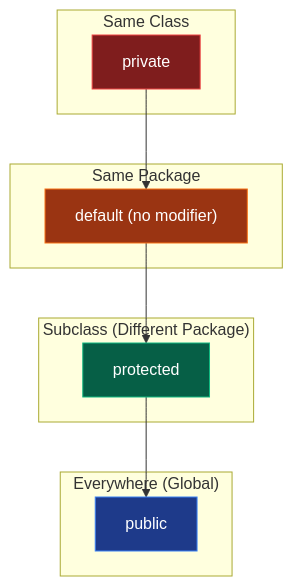
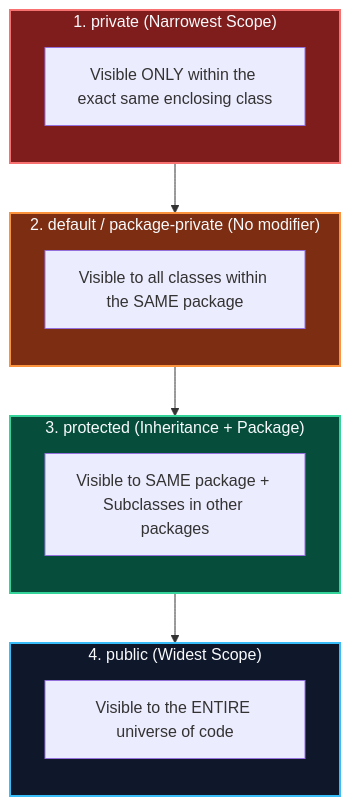
The first of 2 diagrams in content/roadmap/level-1/encapsulation-access-modifiers.md (ravishankar2463/java_hub), drawn with Mermaid before and after one commit. The commit also changed other lines of this file, not shown here.

````diff
--- a/content/roadmap/level-1/encapsulation-access-modifiers.md
+++ b/content/roadmap/level-1/encapsulation-access-modifiers.md
@@ -18,24 +28,29 @@
 ```mermaid
 flowchart TD
-    subgraph SG1 ["Same Class"]
-        A["private"]
-    end
-    subgraph SG2 ["Same Package"]
-        B["default (no modifier)"]
-    end
-    subgraph SG3 ["Subclass (Different Package)"]
-        C["protected"]
-    end
-    subgraph SG4 ["Everywhere (Global)"]
-        D["public"]
+    subgraph S1 ["1. private (Narrowest Scope)"]
+        direction TB
+        M1["Visible ONLY within the exact same enclosing class"]
     end
 
-    A --> B
-    B --> C
-    C --> D
+    subgraph S2 ["2. default / package-private (No modifier)"]
+        direction TB
+        M2["Visible to all classes within the SAME package"]
+    end
 
-    style A fill:#7f1d1d,stroke:#ef4444,color:#fff
-    style B fill:#9a3412,stroke:#f97316,color:#fff
-    style C fill:#065f46,stroke:#10b981,color:#fff
-    style D fill:#1e3a8a,stroke:#3b82f6,color:#fff
+    subgraph S3 ["3. protected (Inheritance + Package)"]
+        direction TB
+        M3["Visible to SAME package + Subclasses in other packages"]
+    end
+
+    subgraph S4 ["4. public (Widest Scope)"]
+        direction TB
+        M4["Visible to the ENTIRE universe of code"]
+    end
+
+    S1 --> S2 --> S3 --> S4
+
+    style S1 fill:#7f1d1d,stroke:#f87171,stroke-width:2px,color:#f8fafc
+    style S2 fill:#7c2d12,stroke:#fb923c,stroke-width:2px,color:#f8fafc
+    style S3 fill:#064e3b,stroke:#34d399,stroke-width:2px,color:#f8fafc
+    style S4 fill:#0f172a,stroke:#38bdf8,stroke-width:2px,color:#f8fafc
 ```
````
